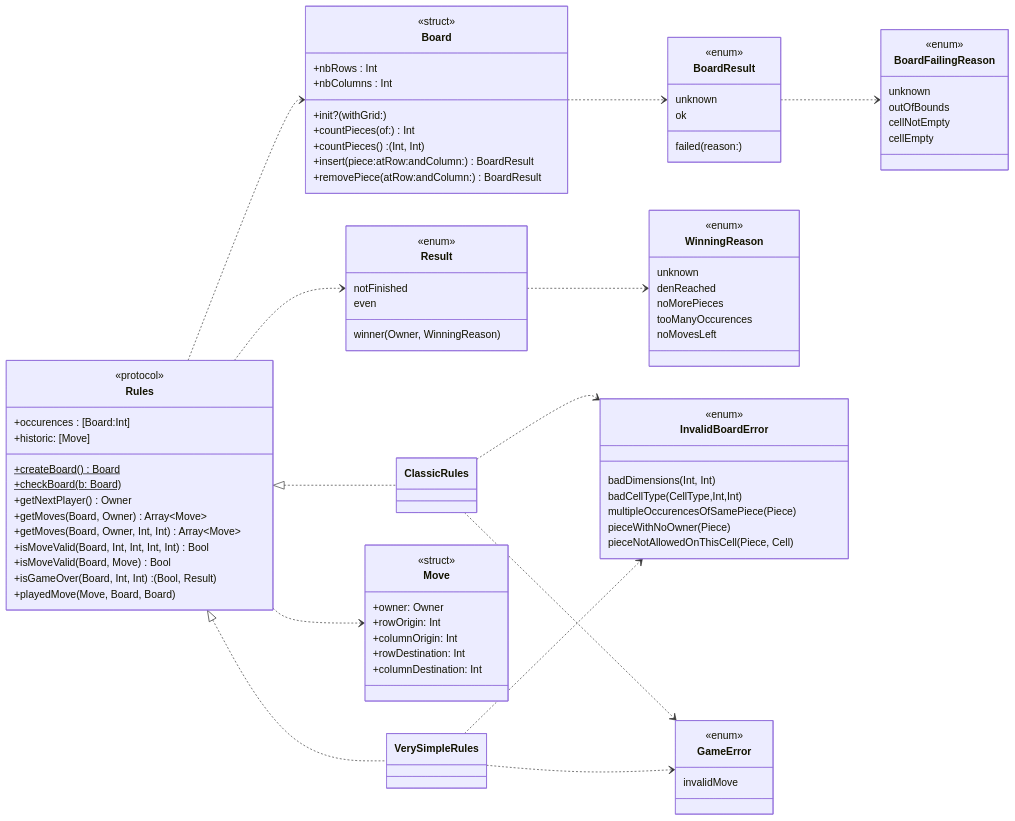
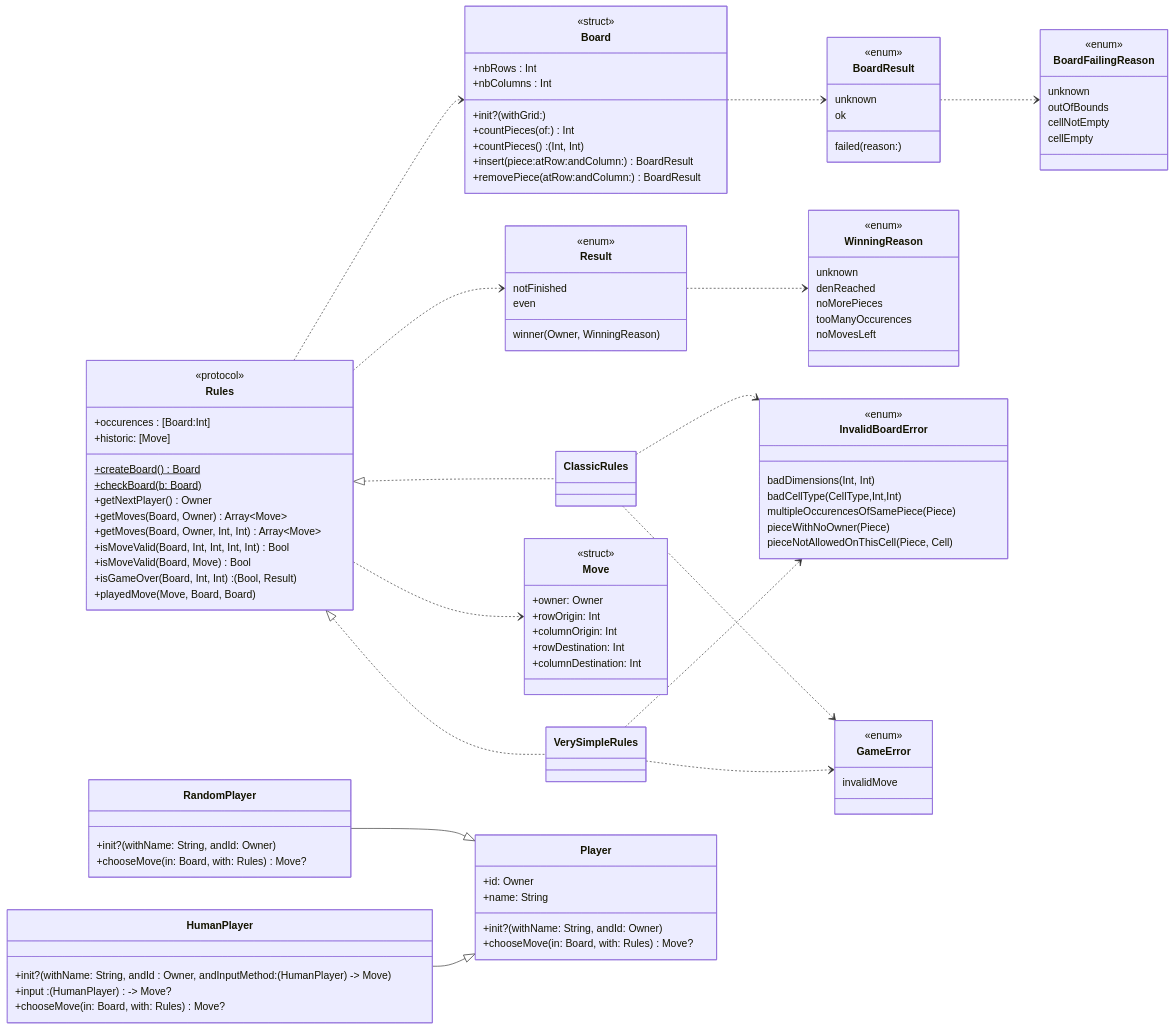
Before and after one commit to LucieB-coder/DouShouQi-Swift-Game: the diagram in README.md, drawn with Mermaid. The commit also changed other lines of this file, not shown here.

````diff
--- a/README.md
+++ b/README.md
@@ -143,4 +131,25 @@
 	ClassicRules ..> GameError
 	VerySimpleRules ..> GameError
 	
+	class Player {
+		+id: Owner
+		+name: String
+		+init?(withName: String, andId: Owner)
+		+chooseMove(in: Board, with: Rules) Move?
+	}
+	
+	class RandomPlayer {
+		+init?(withName: String, andId: Owner)
+		+chooseMove(in: Board, with: Rules) Move?
+	}
+	
+	class HumanPlayer {
+		+init?(withName: String, andId : Owner, andInputMethod: (HumanPlayer) -> Move)
+		+input : (HumanPlayer) -> Move?
+		+chooseMove(in: Board, with: Rules) Move?
+	}
+	
+	RandomPlayer --|> Player
+	HumanPlayer --|> Player
+	
 ```
````
